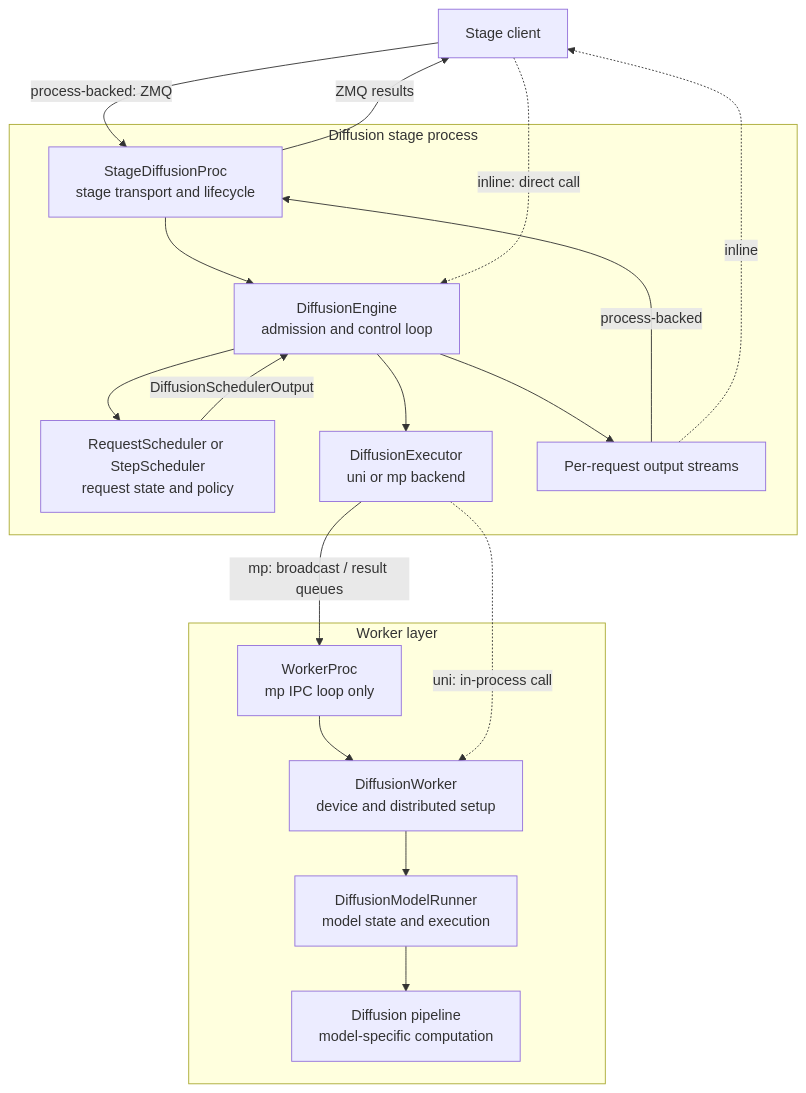
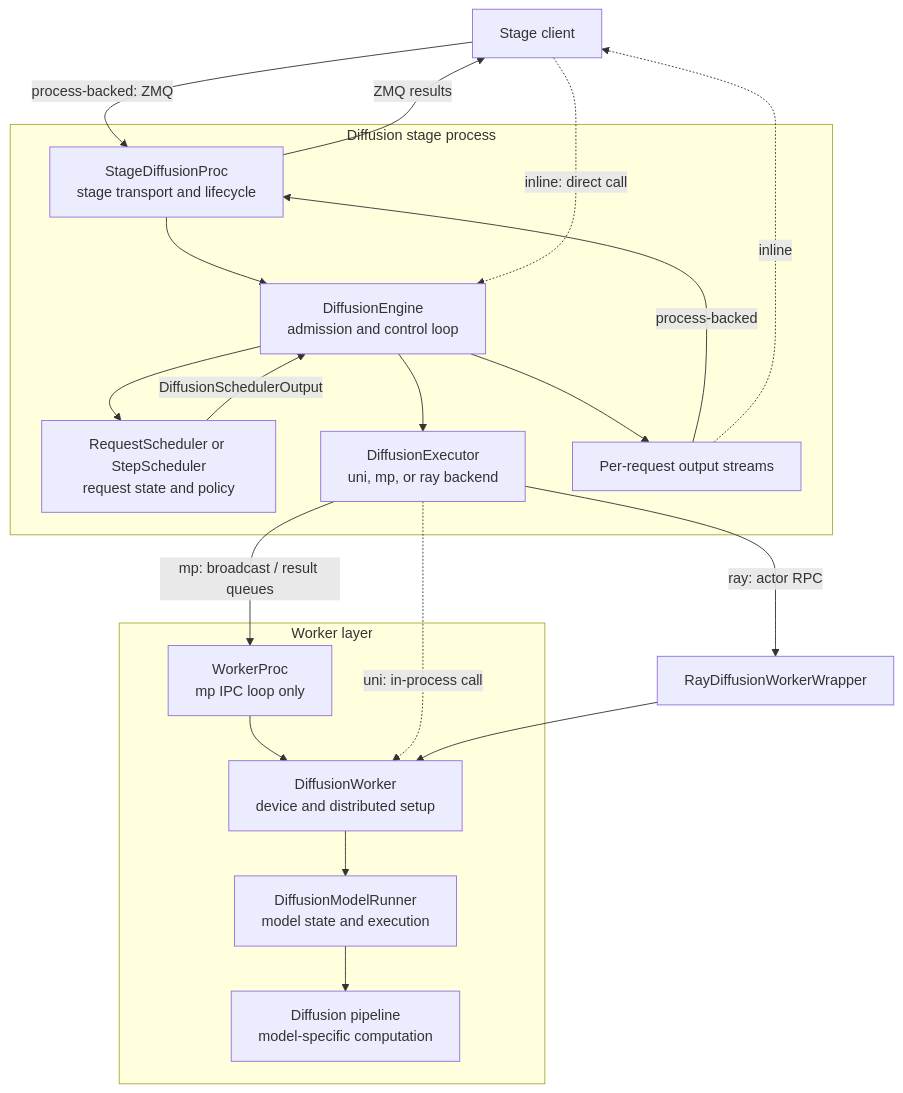
The first of 3 diagrams in docs/design/module/diffusion/diffusion_runtime.md (MaciejBalaNV/vllm-omni), drawn with Mermaid before and after one commit. The commit also changed other lines of this file, not shown here.

````diff
--- a/docs/design/module/diffusion/diffusion_runtime.md
+++ b/docs/design/module/diffusion/diffusion_runtime.md
@@ -103,36 +106,38 @@
 ```mermaid
 flowchart TB
     client["Stage client"]
 
     subgraph stage["Diffusion stage process"]
         stageProc["StageDiffusionProc<br/>stage transport and lifecycle"]
         engine["DiffusionEngine<br/>admission and control loop"]
         scheduler["RequestScheduler or StepScheduler<br/>request state and policy"]
-        executor["DiffusionExecutor<br/>uni or mp backend"]
+        executor["DiffusionExecutor<br/>uni, mp, or ray backend"]
         streams["Per-request output streams"]
 
         stageProc --> engine
         engine --> scheduler
         scheduler -->|"DiffusionSchedulerOutput"| engine
         engine --> executor
         engine --> streams
     end
 
     subgraph workers["Worker layer"]
         workerProc["WorkerProc<br/>mp IPC loop only"]
         worker["DiffusionWorker<br/>device and distributed setup"]
         runner["DiffusionModelRunner<br/>model state and execution"]
         pipeline["Diffusion pipeline<br/>model-specific computation"]
 
         workerProc --> worker
         worker --> runner --> pipeline
     end
 
     client -->|"process-backed: ZMQ"| stageProc
     client -.->|"inline: direct call"| engine
     executor -->|"mp: broadcast / result queues"| workerProc
     executor -.->|"uni: in-process call"| worker
+    executor -->|"ray: actor RPC"| rayActor["RayDiffusionWorkerWrapper"]
+    rayActor --> worker
     streams -->|"process-backed"| stageProc
     stageProc -->|"ZMQ results"| client
     streams -.->|"inline"| client
 ```
````
